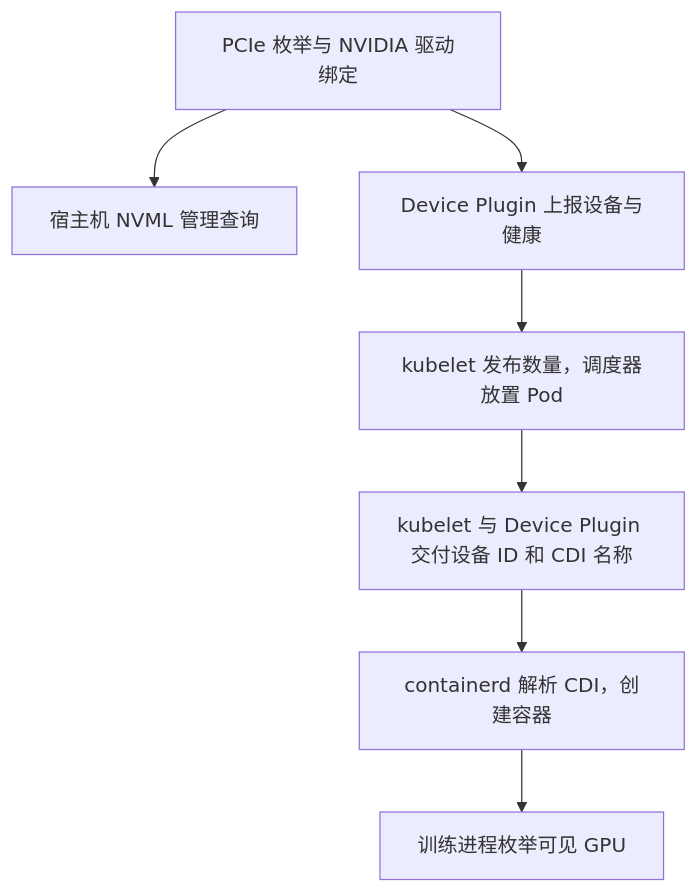
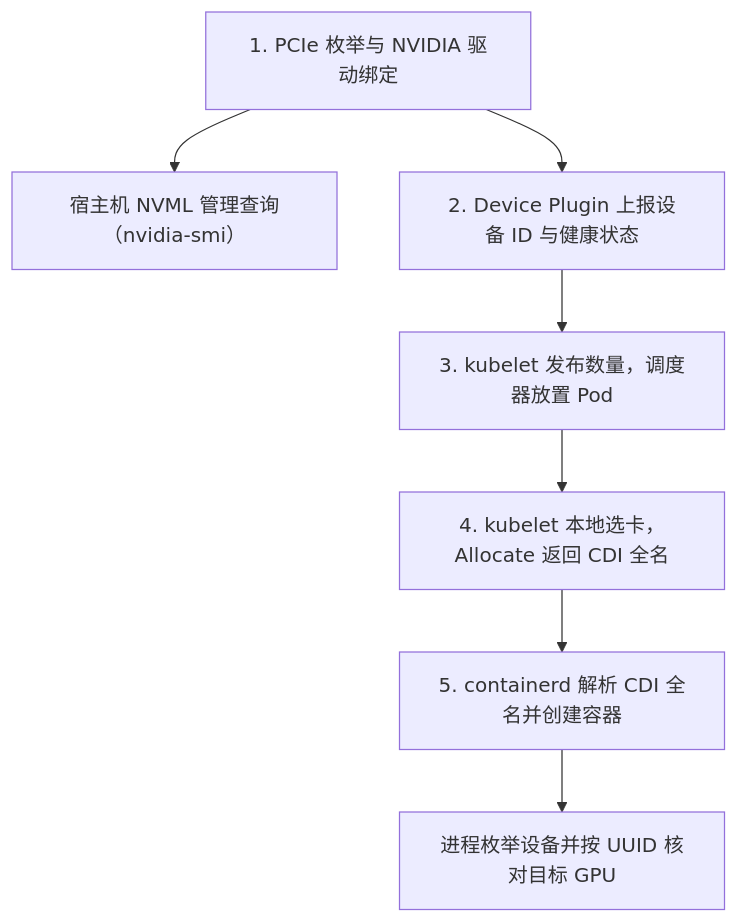
Before and after one commit to realtyz/ops-manual: the diagram in AI-Infra/18_从故障现象追到具体层次/02_GPU 枚举、资源分配与容器可见性.md, drawn with Mermaid. The commit also changed other lines of this file and 194 other files, not shown here.

````diff
--- a/AI-Infra/18_从故障现象追到具体层次/02_GPU 枚举、资源分配与容器可见性.md
+++ b/AI-Infra/18_从故障现象追到具体层次/02_GPU 枚举、资源分配与容器可见性.md
@@ -14,9 +13,10 @@
 ```mermaid
 flowchart TB
-    P["PCIe 枚举与 NVIDIA 驱动绑定"] --> M["宿主机 NVML 管理查询"]
-    P --> D["Device Plugin 上报设备与健康"]
-    D --> S["kubelet 发布数量，调度器放置 Pod"]
-    S --> A["kubelet 与 Device Plugin 交付设备 ID 和 CDI 名称"]
-    A --> C["containerd 解析 CDI，创建容器"]
-    C --> E["训练进程枚举可见 GPU"]
+    accDescr: PCIe 枚举与驱动绑定后分出宿主机管理查询与 Kubernetes 交付两条线；交付线依次经过 Device Plugin 上报设备 ID 与健康状态、kubelet 发布可分配数量并由调度器放置 Pod、kubelet 本地选卡并调用 Allocate 返回 CDI 全名、containerd 解析 CDI 规格并注入容器，最终进程枚举并按 UUID 核对目标 GPU。
+    P["1. PCIe 枚举与 NVIDIA 驱动绑定"] --> M["宿主机 NVML 管理查询（nvidia-smi）"]
+    P --> D["2. Device Plugin 上报设备 ID 与健康状态"]
+    D --> S["3. kubelet 发布数量，调度器放置 Pod"]
+    S --> A["4. kubelet 本地选卡，Allocate 返回 CDI 全名"]
+    A --> C["5. containerd 解析 CDI 全名并创建容器"]
+    C --> E["进程枚举设备并按 UUID 核对目标 GPU"]
 ```
````
